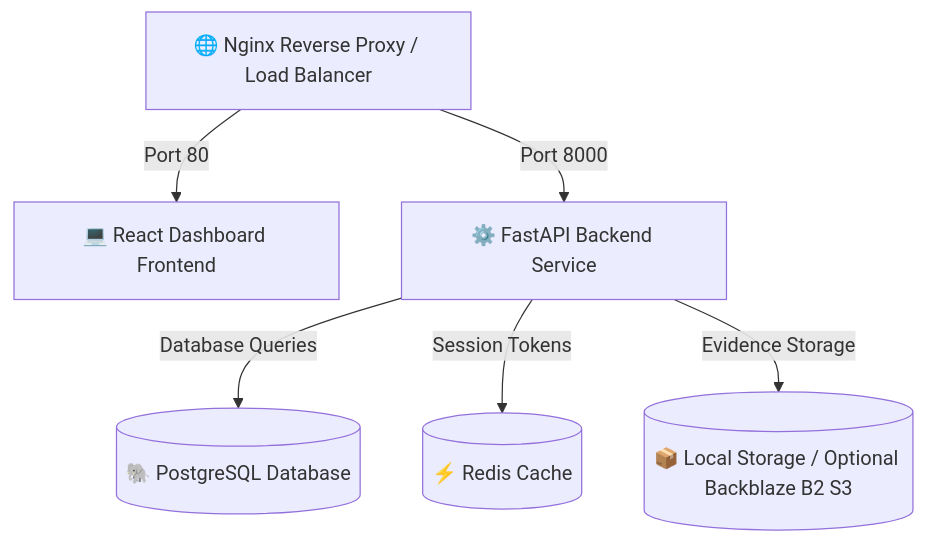
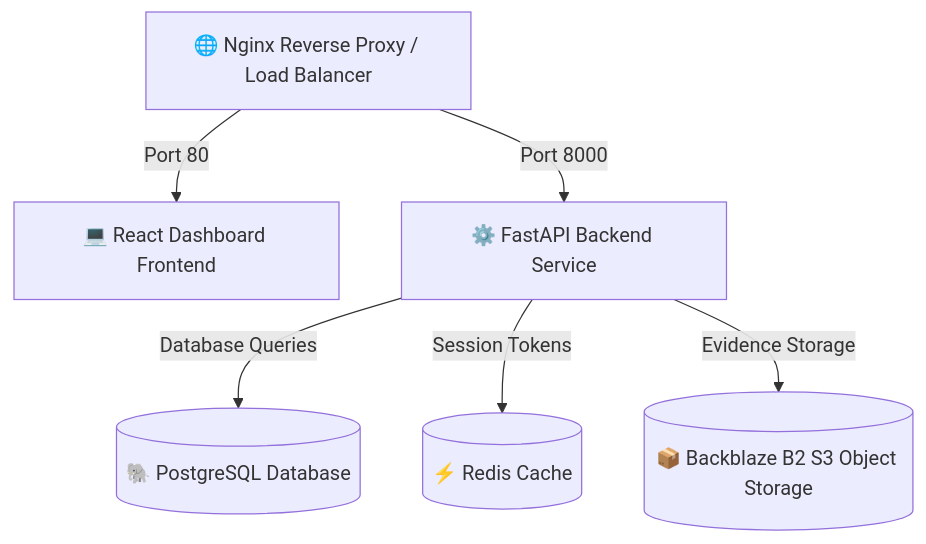
Before and after one commit to AkshajAnil/Autonomous-claims-application: the diagram in DEPLOYMENT.md, drawn with Mermaid. The commit also changed other lines of this file and 1 other file, not shown here.

Commit message:
docs: mark Backblaze B2 S3 object storage as required in documentation

````diff
--- a/DEPLOYMENT.md
+++ b/DEPLOYMENT.md
@@ -12,9 +12,9 @@
 ```mermaid
 graph TD
     Nginx[🌐 Nginx Reverse Proxy / Load Balancer] -->|Port 80| Frontend[💻 React Dashboard Frontend]
     Nginx -->|Port 8000| Backend[⚙️ FastAPI Backend Service]
     
     Backend -->|Database Queries| Postgres[(🐘 PostgreSQL Database)]
     Backend -->|Session Tokens| Redis[(⚡ Redis Cache)]
-    Backend -->|Evidence Storage| Storage[(📦 Local Storage / Optional Backblaze B2 S3)]
+    Backend -->|Evidence Storage| Storage[(📦 Backblaze B2 S3 Object Storage)]
 ```
````
